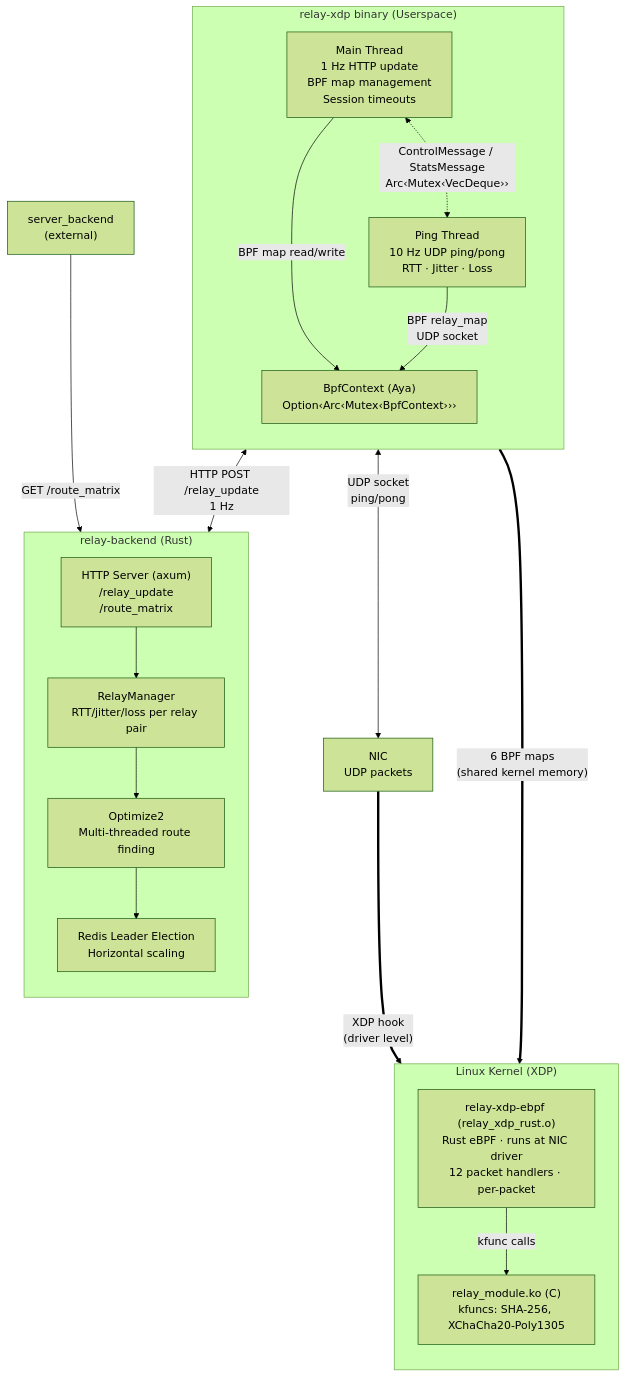
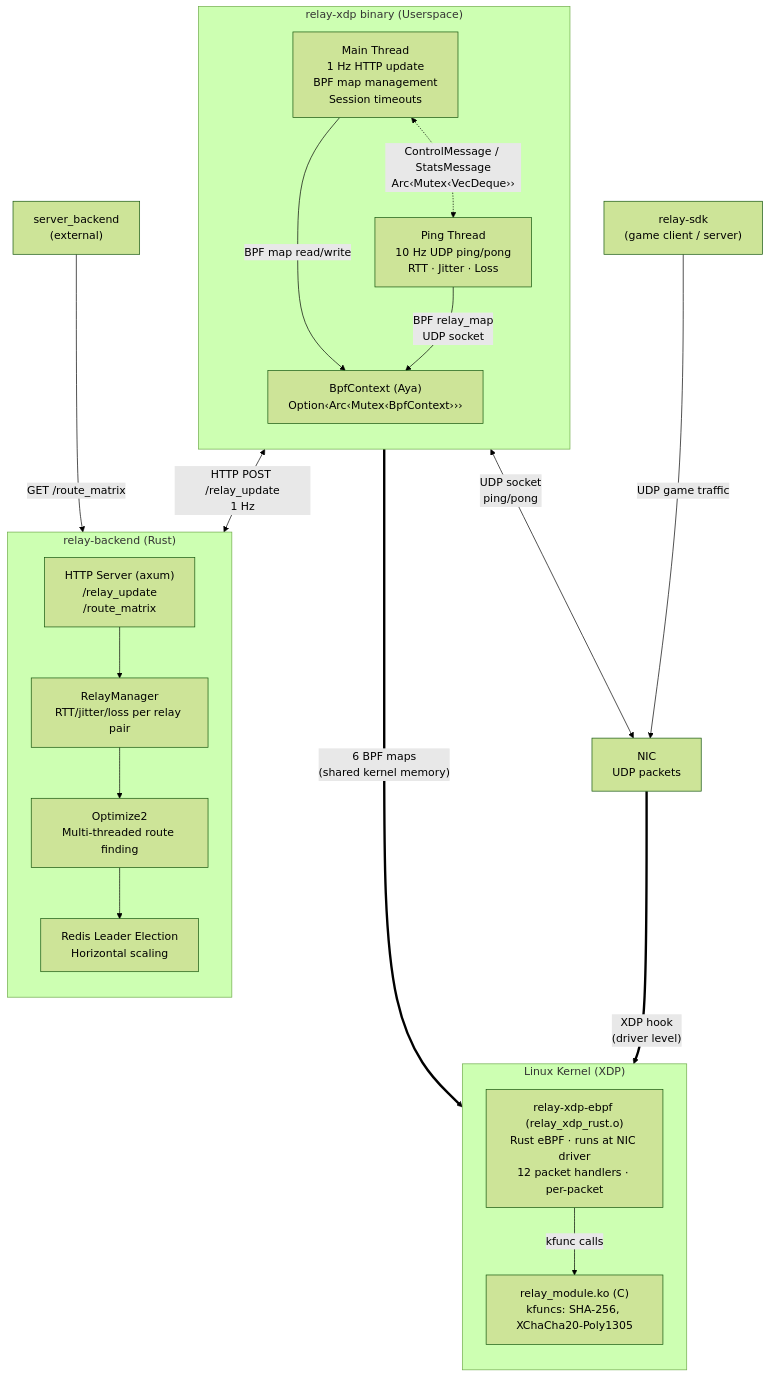
One commit to brianpht/relay-xdp changed the first of 2 diagrams in README.md. Above: the diagram before and after it, drawn with Mermaid (forest theme). The commit also changed other lines of this file and 2 other files, not shown here.

Commit message:
Update architecture documentation to include relay-sdk details and test coverage

````diff
--- a/README.md
+++ b/README.md
@@ -33,36 +33,38 @@
 ```mermaid
 flowchart TB
     subgraph userspace["relay-xdp binary (Userspace)"]
         direction TB
         MT["Main Thread\n1 Hz HTTP update\nBPF map management\nSession timeouts"]
         PT["Ping Thread\n10 Hz UDP ping/pong\nRTT · Jitter · Loss"]
         MT <-.->|" ControlMessage / StatsMessage\nArc‹Mutex‹VecDeque›› "| PT
         BC["BpfContext (Aya)\nOption‹Arc‹Mutex‹BpfContext›››"]
         MT -->|" BPF map read/write "| BC
         PT -->|" BPF relay_map\nUDP socket "| BC
     end
 
     subgraph backend["relay-backend (Rust)"]
         direction TB
         BH["HTTP Server (axum)\n/relay_update\n/route_matrix"]
         RM["RelayManager\nRTT/jitter/loss per relay pair"]
         OPT["Optimize2\nMulti-threaded route finding"]
         RD["Redis Leader Election\nHorizontal scaling"]
         BH --> RM --> OPT --> RD
     end
 
     subgraph kernel["Linux Kernel (XDP)"]
         direction TB
         EBPF["relay-xdp-ebpf (relay_xdp_rust.o)\nRust eBPF · runs at NIC driver\n12 packet handlers · per-packet"]
         MOD["relay_module.ko (C)\nkfuncs: SHA-256, XChaCha20-Poly1305"]
         EBPF -->|" kfunc calls "| MOD
     end
 
     SB["server_backend\n(external)"]
+    SDK["relay-sdk\n(game client / server)"]
     NIC["NIC\nUDP packets"]
     MT <-->|" HTTP POST /relay_update\n1 Hz "| BH
     SB -->|" GET /route_matrix "| BH
+    SDK -->|" UDP game traffic "| NIC
     PT <-->|" UDP socket\nping/pong "| NIC
     BC ==>|" 6 BPF maps\n(shared kernel memory) "| EBPF
     NIC ==>|" XDP hook\n(driver level) "| EBPF
 ```
````
